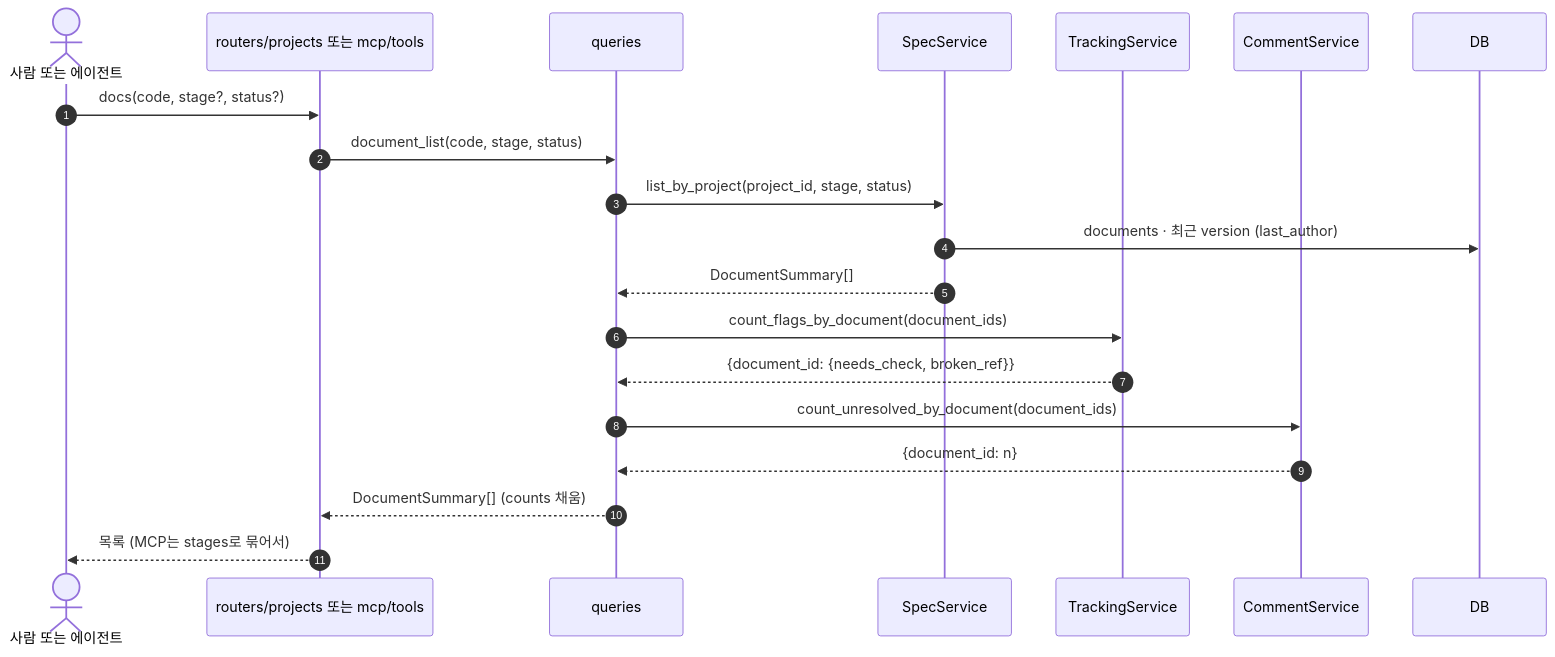
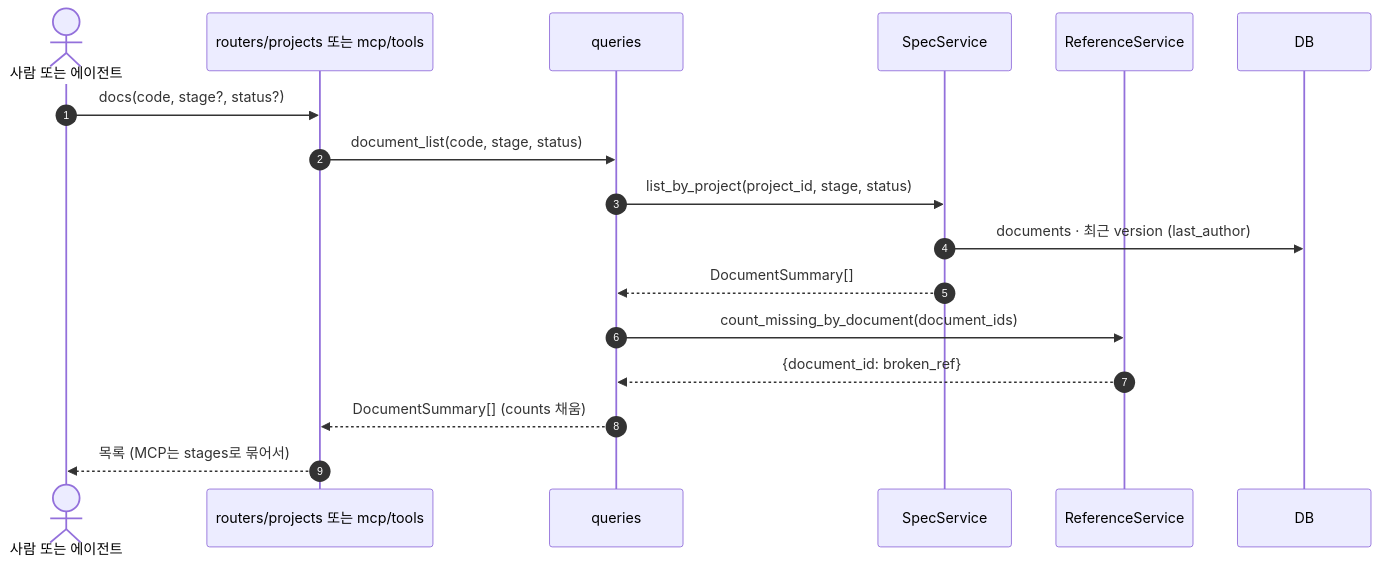
The eighth of 22 diagrams in docs/specs/09-SEQ/SYNC-SEQ-001.md (HoyoungParkme/syncdoc), drawn with Mermaid before and after one commit. The commit also changed other lines of this file and 100 other files, not shown here.

````diff
--- a/docs/specs/09-SEQ/SYNC-SEQ-001.md
+++ b/docs/specs/09-SEQ/SYNC-SEQ-001.md
@@ -635,23 +482,20 @@
 ```mermaid
 sequenceDiagram
     autonumber
     actor A as 사람 또는 에이전트
     participant B as routers/projects 또는 mcp/tools
     participant Q as queries
     participant S as SpecService
-    participant TR as TrackingService
-    participant C as CommentService
+    participant R as ReferenceService
     participant DB
 
     A->>B: docs(code, stage?, status?)
     B->>Q: document_list(code, stage, status)
     Q->>S: list_by_project(project_id, stage, status)
     S->>DB: documents · 최근 version (last_author)
     S-->>Q: DocumentSummary[]
-    Q->>TR: count_flags_by_document(document_ids)
-    TR-->>Q: {document_id: {needs_check, broken_ref}}
-    Q->>C: count_unresolved_by_document(document_ids)
-    C-->>Q: {document_id: n}
+    Q->>R: count_missing_by_document(document_ids)
+    R-->>Q: {document_id: broken_ref}
     Q-->>B: DocumentSummary[] (counts 채움)
     B-->>A: 목록 (MCP는 stages로 묶어서)
 ```
````
